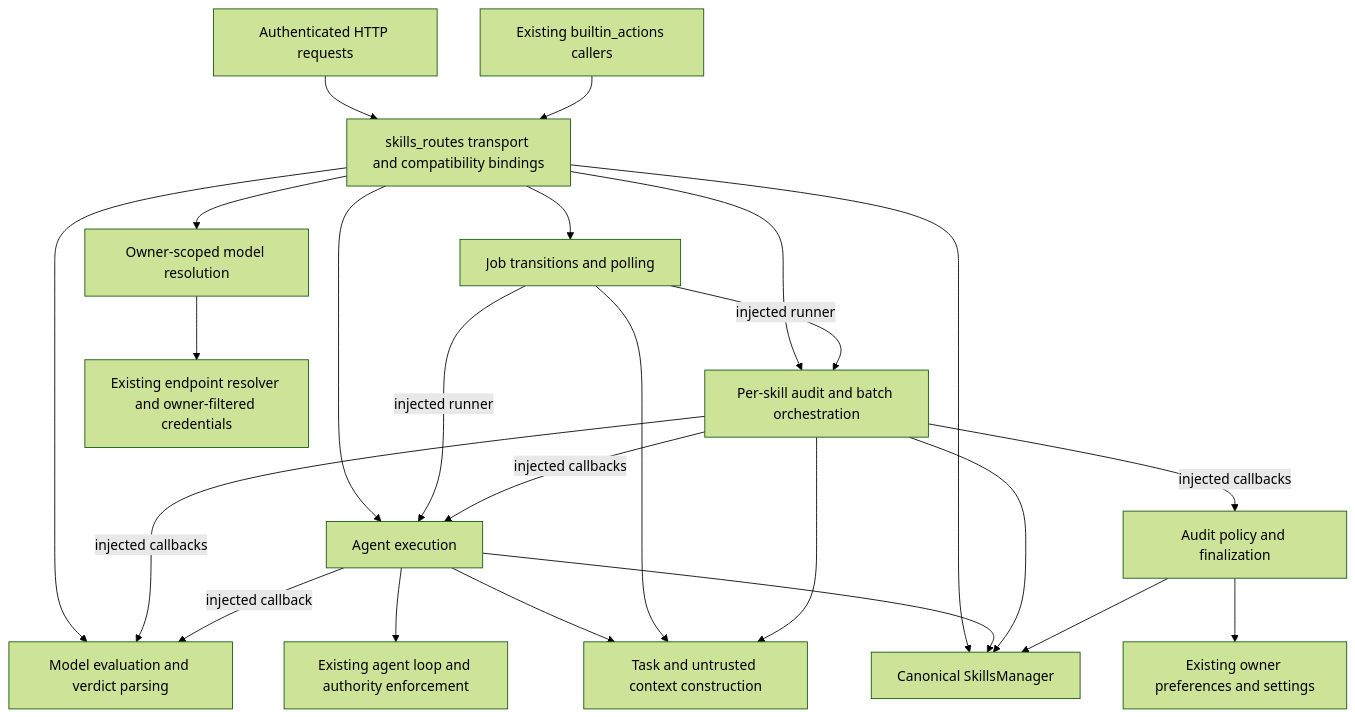
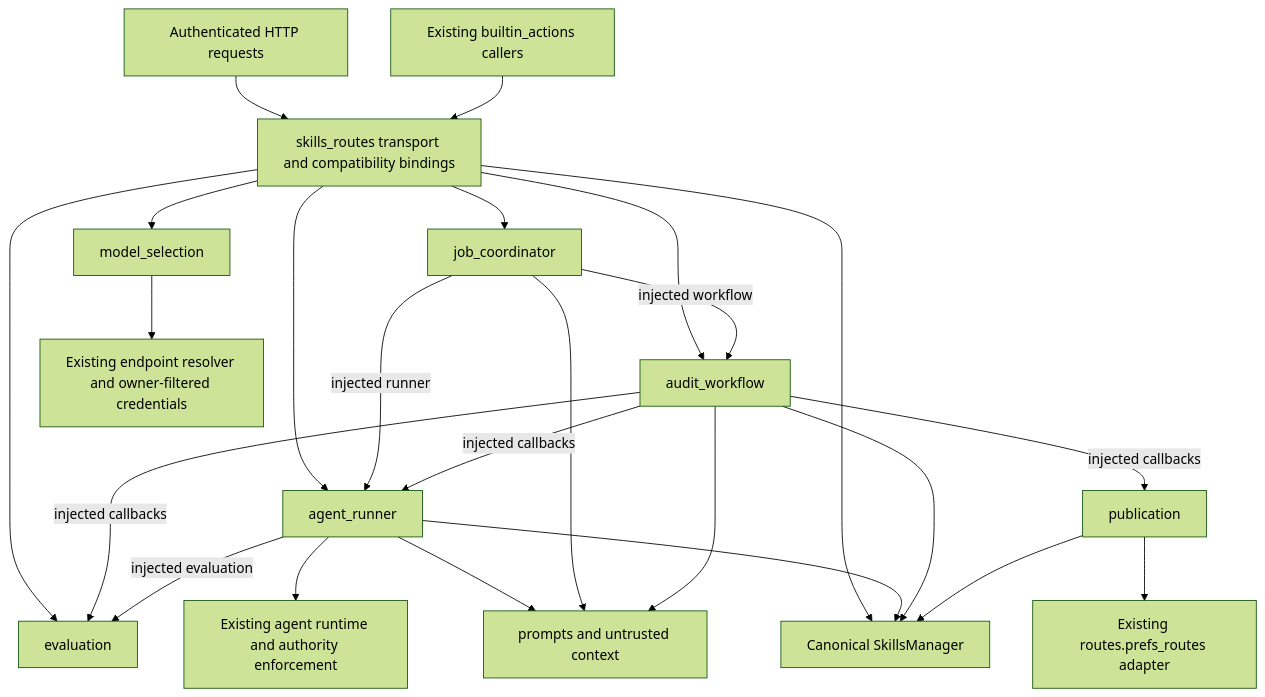
One commit to odysseus-dev/odysseus changed the diagram in docs/skills-audit-architecture.md. Above: the diagram before and after it, drawn with Mermaid (forest theme). The commit also changed other lines of this file and 12 other files, not shown here.

````diff
--- a/docs/skills-audit-architecture.md
+++ b/docs/skills-audit-architecture.md
@@ -150,26 +162,26 @@
 ```mermaid
 flowchart TD
     HTTP[Authenticated HTTP requests] --> Routes[skills_routes transport and compatibility bindings]
     Builtins[Existing builtin_actions callers] --> Routes
-    Routes --> Jobs[Job transitions and polling]
-    Routes --> Models[Owner-scoped model resolution]
-    Routes --> Evaluation[Model evaluation and verdict parsing]
-    Routes --> Execution[Agent execution]
-    Routes --> Orchestration[Per-skill audit and batch orchestration]
-    Jobs -->|injected runner| Execution
-    Jobs -->|injected runner| Orchestration
-    Orchestration -->|injected callbacks| Execution
-    Orchestration -->|injected callbacks| Evaluation
-    Orchestration -->|injected callbacks| Policy[Audit policy and finalization]
-    Execution -->|injected callback| Evaluation
-    Execution --> Agent[Existing agent loop and authority enforcement]
-    Execution --> Prompts[Task and untrusted context construction]
+    Routes --> Jobs[job_coordinator]
+    Routes --> Models[model_selection]
+    Routes --> Evaluation[evaluation]
+    Routes --> Runner[agent_runner]
+    Routes --> Workflow[audit_workflow]
+    Jobs -->|injected runner| Runner
+    Jobs -->|injected workflow| Workflow
+    Workflow -->|injected callbacks| Runner
+    Workflow -->|injected callbacks| Evaluation
+    Workflow -->|injected callbacks| Publication[publication]
+    Runner -->|injected evaluation| Evaluation
+    Runner --> Agent[Existing agent runtime and authority enforcement]
+    Runner --> Prompts[prompts and untrusted context]
     Jobs --> Prompts
-    Orchestration --> Prompts
+    Workflow --> Prompts
     Routes --> Manager[Canonical SkillsManager]
-    Execution --> Manager
-    Orchestration --> Manager
-    Policy --> Manager
-    Policy --> Preferences[Existing owner preferences and settings]
+    Runner --> Manager
+    Workflow --> Manager
+    Publication --> Manager
+    Publication --> Preferences[Existing routes.prefs_routes adapter]
     Models --> Resolver[Existing endpoint resolver and owner-filtered credentials]
 ```
````
